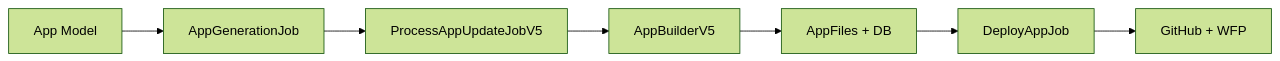
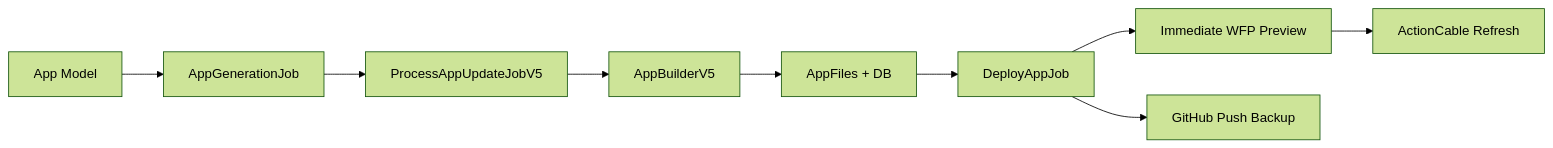
Before and after one commit to todddickerson/overskill: the diagram in claude.md, drawn with Mermaid (forest theme). The commit also changed other lines of this file and 12 other files, not shown here.

First line of the commit message:
fix: Complete deployment pipeline overhaul and ActionCable channel consolidation

````diff
--- a/claude.md
+++ b/claude.md
@@ -38,9 +38,11 @@
 ```mermaid
 graph LR
     A[App Model] --> B[AppGenerationJob]
     B --> C[ProcessAppUpdateJobV5]
     C --> D[AppBuilderV5]
     D --> E[AppFiles + DB]
     E --> F[DeployAppJob]
-    F --> G[GitHub + WFP]
+    F --> G1[Immediate WFP Preview]
+    F --> G2[GitHub Push Backup]
+    G1 --> H[ActionCable Refresh]
 ```
````
